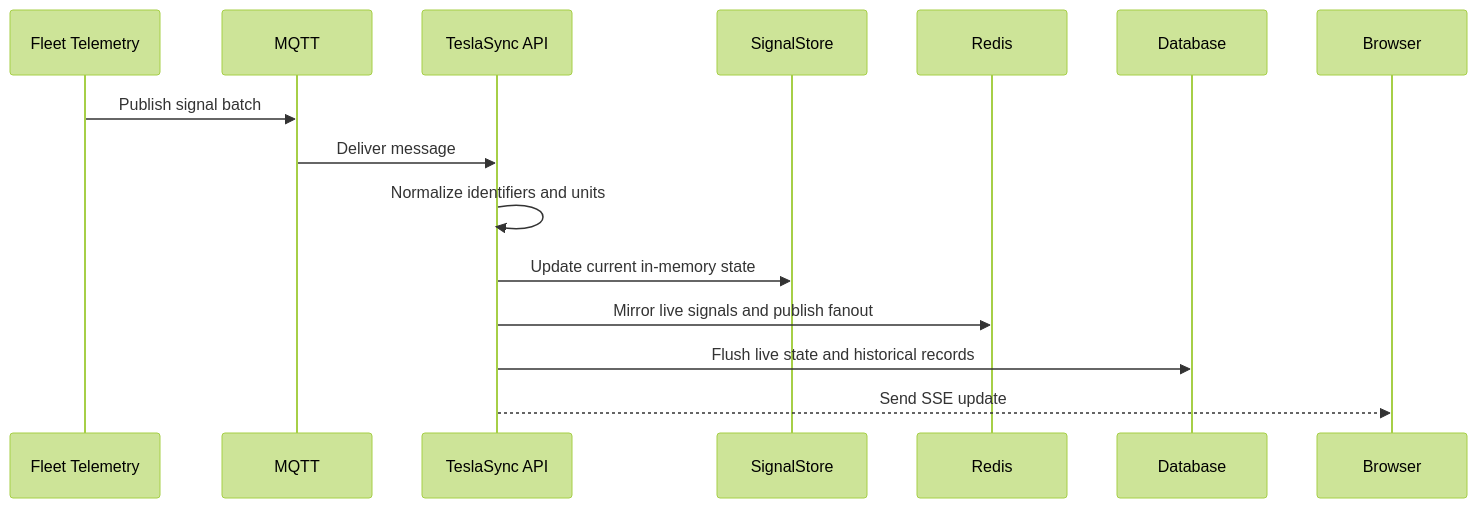
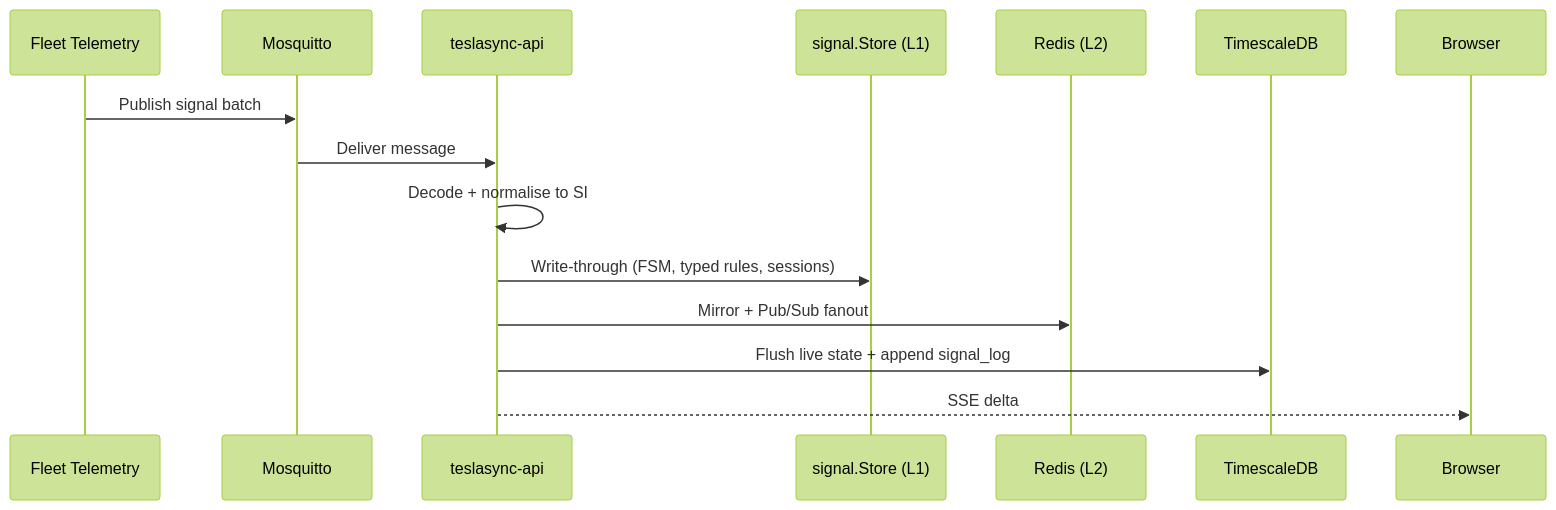
Before and after one commit to ev-dev-labs/teslasync: the second of 2 diagrams in docs/guide/fleet-telemetry.md, drawn with Mermaid (forest theme). The commit also changed other lines of this file and 35 other files, not shown here.

````diff
--- a/docs/guide/fleet-telemetry.md
+++ b/docs/guide/fleet-telemetry.md
@@ -41,18 +37,18 @@
 ```mermaid
 sequenceDiagram
     participant FT as Fleet Telemetry
-    participant MQTT as MQTT
-    participant API as TeslaSync API
-    participant Store as SignalStore
-    participant Redis as Redis
-    participant DB as Database
+    participant MQTT as Mosquitto
+    participant API as teslasync-api
+    participant L1 as signal.Store (L1)
+    participant L2 as Redis (L2)
+    participant DB as TimescaleDB
     participant UI as Browser
 
     FT->>MQTT: Publish signal batch
     MQTT->>API: Deliver message
-    API->>API: Normalize identifiers and units
-    API->>Store: Update current in-memory state
-    API->>Redis: Mirror live signals and publish fanout
-    API->>DB: Flush live state and historical records
-    API-->>UI: Send SSE update
+    API->>API: Decode + normalise to SI
+    API->>L1: Write-through (FSM, typed rules, sessions)
+    API->>L2: Mirror + Pub/Sub fanout
+    API->>DB: Flush live state + append signal_log
+    API-->>UI: SSE delta
 ```
````
